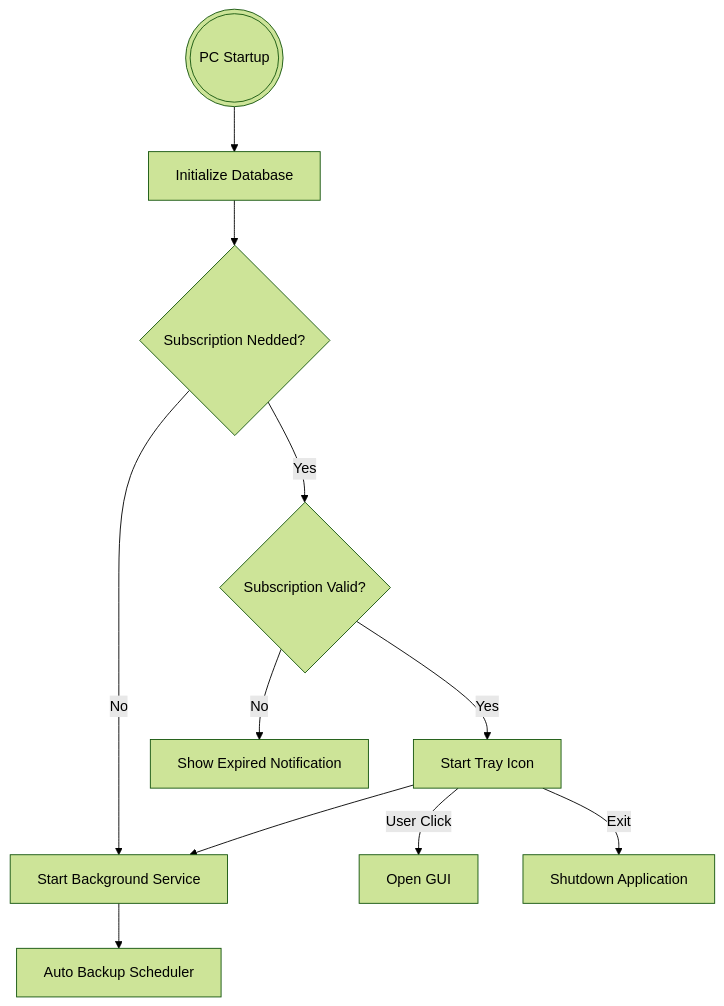
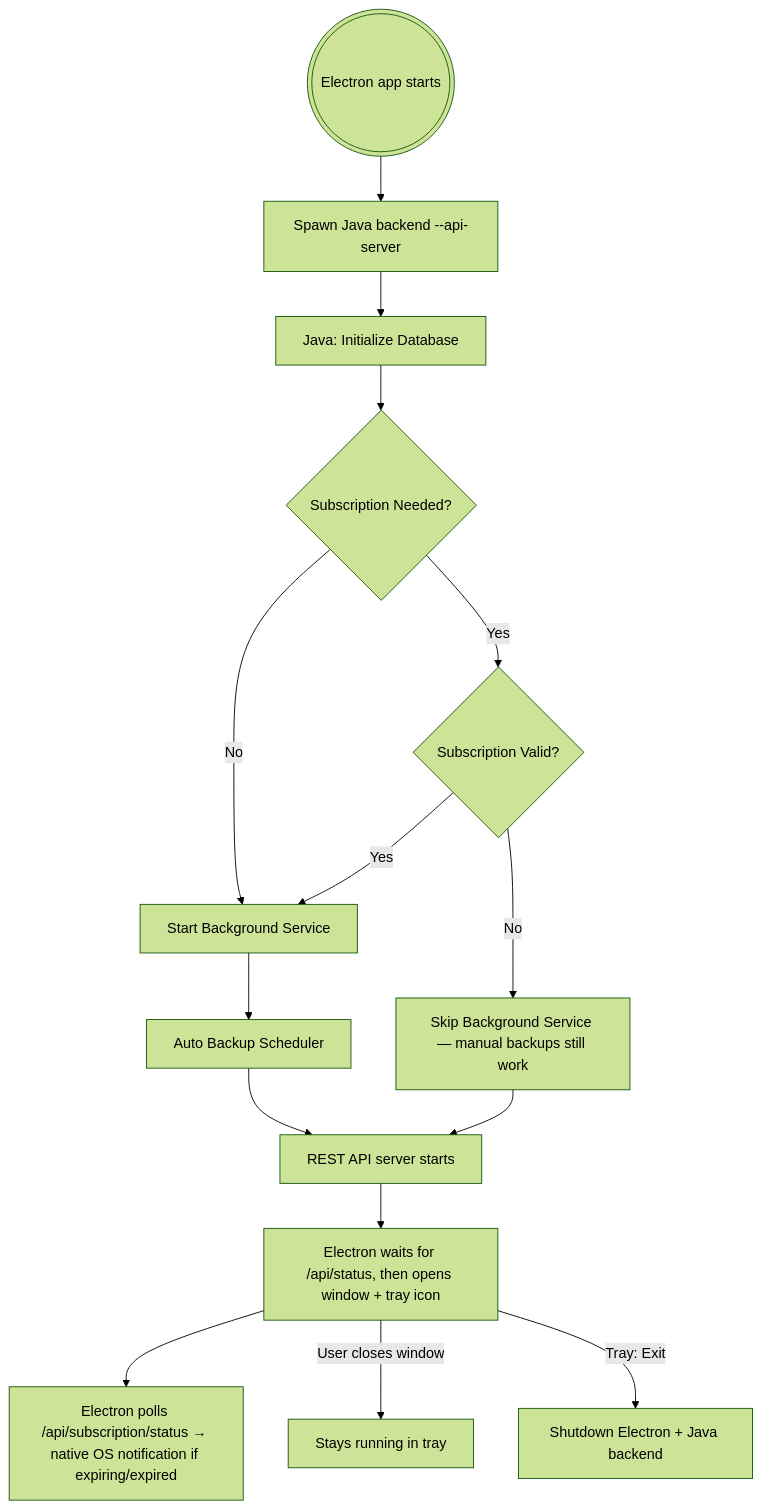
Before and after one commit to DennisTurco/BackupManager: the diagram in code_documentation.md, drawn with Mermaid (forest theme). The commit also changed other lines of this file and 145 other files, not shown here.

````diff
--- a/code_documentation.md
+++ b/code_documentation.md
@@ -5,17 +7,20 @@
 ```mermaid
 graph TD
-  A(((PC Startup))) --> B[Initialize Database]
-  B --> J{Subscription Nedded?}
+  A(((Electron app starts))) --> B[Spawn Java backend --api-server]
+  B --> C[Java: Initialize Database]
+  C --> J{Subscription Needed?}
 
-  J -->|Yes| C{Subscription Valid?}
   J -->|No| F[Start Background Service]
+  J -->|Yes| K{Subscription Valid?}
+  K -->|Yes| F
+  K -->|No| L[Skip Background Service — manual backups still work]
 
-  C -->|Yes| D[Start Tray Icon]
-  C -->|No| E[Show Expired Notification]
+  F --> G[Auto Backup Scheduler]
+  L --> M[REST API server starts]
+  G --> M
 
-  D --> F[Start Background Service]
-  F --> G[Auto Backup Scheduler]
-
-  D -->|User Click| H[Open GUI]
-  D -->|Exit| I[Shutdown Application]
+  M --> N[Electron waits for /api/status, then opens window + tray icon]
+  N --> O[Electron polls /api/subscription/status → native OS notification if expiring/expired]
+  N -->|User closes window| P[Stays running in tray]
+  N -->|Tray: Exit| Q[Shutdown Electron + Java backend]
 ```
````
